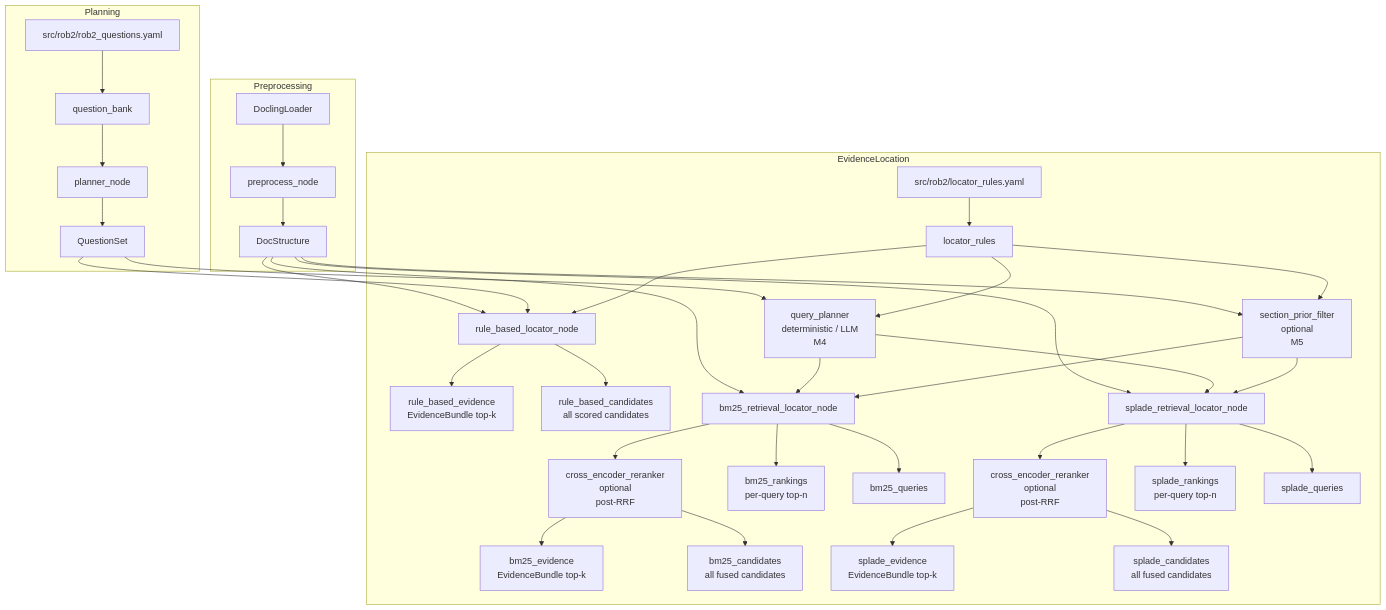
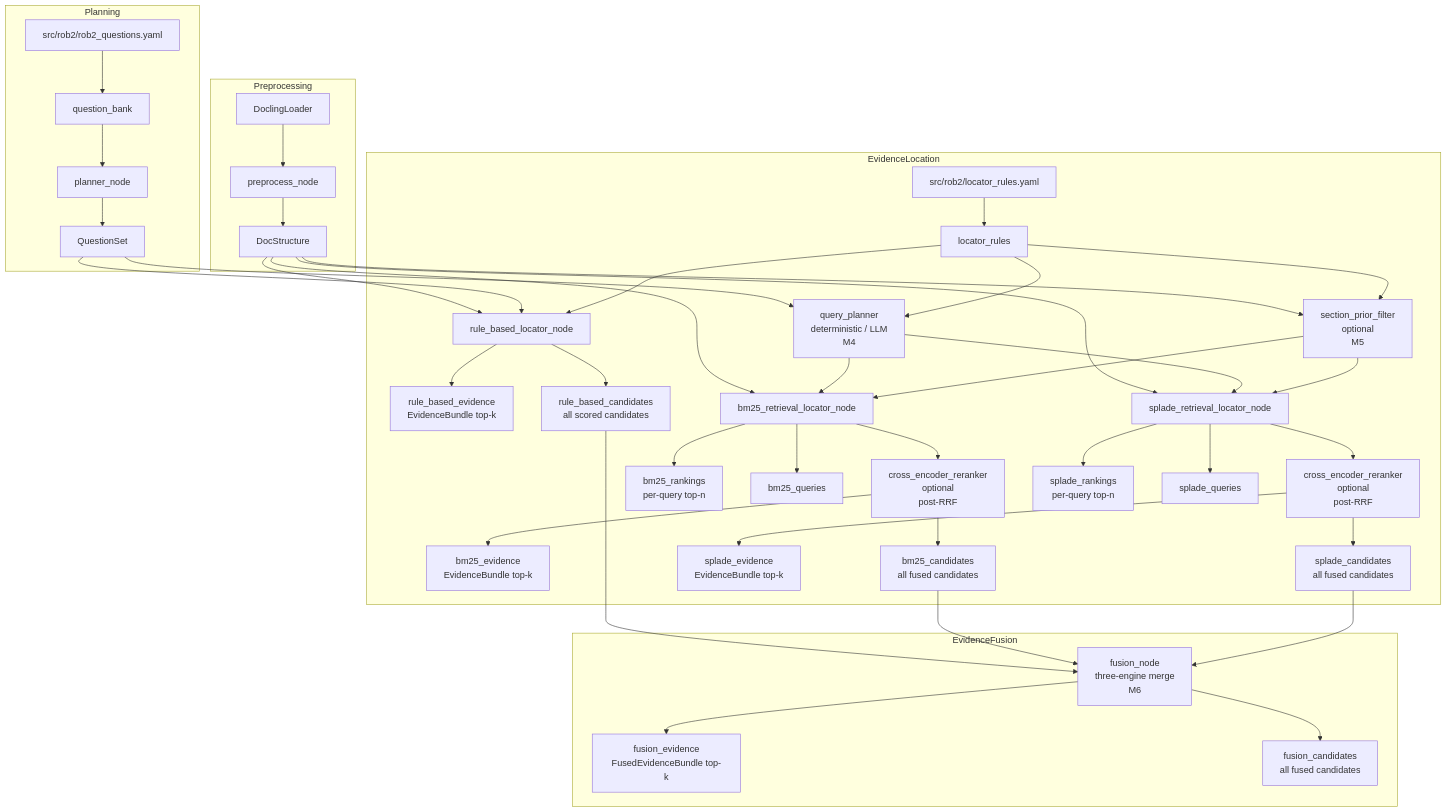
Before and after one commit to Younthing/eagent: the diagram in docs/system-uml.md, drawn with Mermaid. The commit also changed other lines of this file and 9 other files, not shown here.

Commit message:
feat: M6 Evidence Fusion Agent

````diff
--- a/docs/system-uml.md
+++ b/docs/system-uml.md
@@ -3,45 +3,53 @@
 ```mermaid
 flowchart TD
   subgraph Preprocessing
     A[DoclingLoader] --> B[preprocess_node]
     B --> C[DocStructure]
   end
 
   subgraph Planning
     D[src/rob2/rob2_questions.yaml] --> E[question_bank]
     E --> F[planner_node]
     F --> G[QuestionSet]
   end
 
   subgraph EvidenceLocation
     H[src/rob2/locator_rules.yaml] --> I[locator_rules]
     C --> J[rule_based_locator_node]
     G --> J
     I --> J
     J --> K[rule_based_evidence<br/>EvidenceBundle top-k]
     J --> L[rule_based_candidates<br/>all scored candidates]
 
     G --> QP[query_planner<br/>deterministic / LLM<br/>M4]
     I --> QP
 
     C --> M[bm25_retrieval_locator_node]
     QP --> M
     C --> R[section_prior_filter<br/>optional<br/>M5]
     I --> R
     R --> M
     M --> CE1[cross_encoder_reranker<br/>optional<br/>post-RRF]
     CE1 --> N[bm25_evidence<br/>EvidenceBundle top-k]
     CE1 --> O[bm25_candidates<br/>all fused candidates]
     M --> P[bm25_rankings<br/>per-query top-n]
     M --> Q[bm25_queries]
 
     C --> S[splade_retrieval_locator_node]
     QP --> S
     R --> S
     S --> CE2[cross_encoder_reranker<br/>optional<br/>post-RRF]
     CE2 --> T[splade_evidence<br/>EvidenceBundle top-k]
     CE2 --> U[splade_candidates<br/>all fused candidates]
     S --> V[splade_rankings<br/>per-query top-n]
     S --> W[splade_queries]
   end
+
+  subgraph EvidenceFusion
+    L --> FUS[fusion_node<br/>three-engine merge<br/>M6]
+    O --> FUS
+    U --> FUS
+    FUS --> FE[fusion_evidence<br/>FusedEvidenceBundle top-k]
+    FUS --> FC[fusion_candidates<br/>all fused candidates]
+  end
 ```
````
